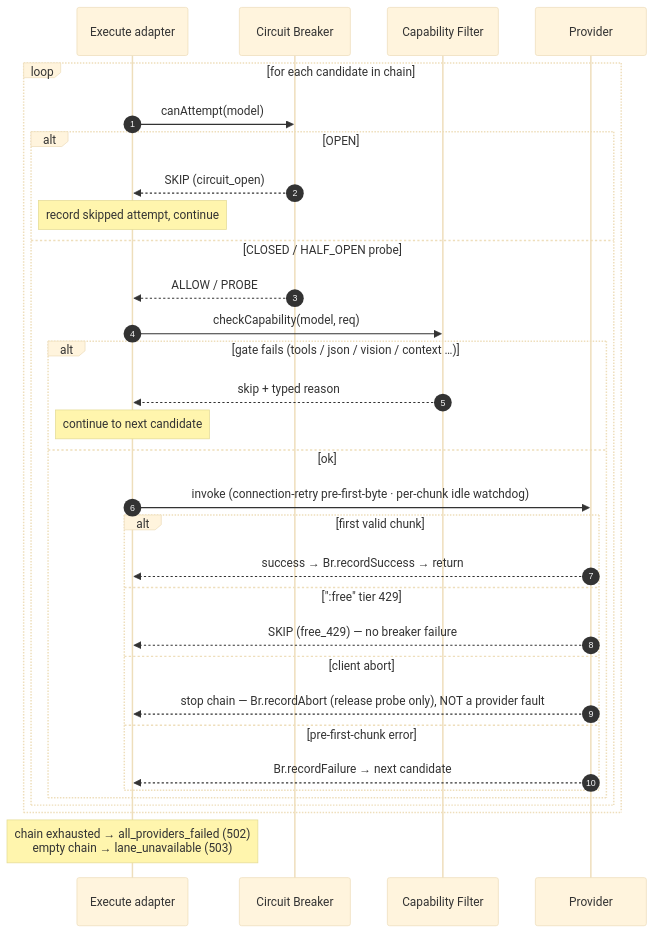
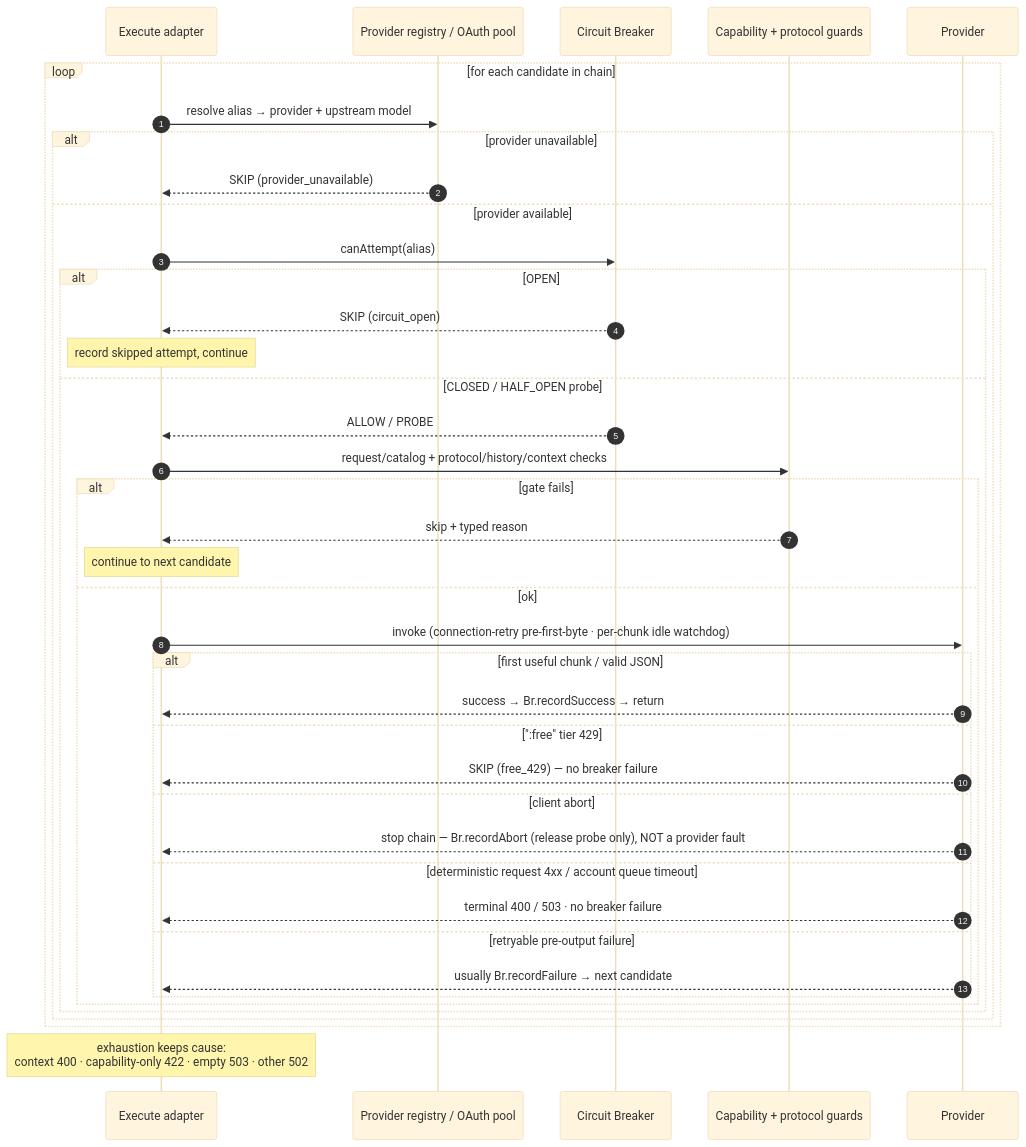
Before and after one commit to EasyMetaAu/helm-api: the seventh of 13 diagrams in docs/architecture.md, drawn with Mermaid (base theme). The commit also changed other lines of this file and 30 other files, not shown here.

````diff
--- a/docs/architecture.md
+++ b/docs/architecture.md
@@ -296,35 +374,43 @@
 ```mermaid
 sequenceDiagram
     autonumber
     participant Ex as Execute adapter
+    participant Reg as Provider registry / OAuth pool
     participant Br as Circuit Breaker
-    participant Cap as Capability Filter
+    participant Cap as Capability + protocol guards
     participant Up as Provider
 
     loop for each candidate in chain
-        Ex->>Br: canAttempt(model)
+        Ex->>Reg: resolve alias → provider + upstream model
+        alt provider unavailable
+            Reg-->>Ex: SKIP (provider_unavailable)
+        else provider available
+        Ex->>Br: canAttempt(alias)
         alt OPEN
             Br-->>Ex: SKIP (circuit_open)
             Note over Ex: record skipped attempt, continue
         else CLOSED / HALF_OPEN probe
             Br-->>Ex: ALLOW / PROBE
-            Ex->>Cap: checkCapability(model, req)
-            alt gate fails (tools / json / vision / context …)
+            Ex->>Cap: request/catalog + protocol/history/context checks
+            alt gate fails
                 Cap-->>Ex: skip + typed reason
                 Note over Ex: continue to next candidate
             else ok
                 Ex->>Up: invoke (connection-retry pre-first-byte · per-chunk idle watchdog)
-                alt first valid chunk
+                alt first useful chunk / valid JSON
                     Up-->>Ex: success → Br.recordSuccess → return
                 else ":free" tier 429
                     Up-->>Ex: SKIP (free_429) — no breaker failure
                 else client abort
                     Up-->>Ex: stop chain — Br.recordAbort (release probe only), NOT a provider fault
-                else pre-first-chunk error
-                    Up-->>Ex: Br.recordFailure → next candidate
+                else deterministic request 4xx / account queue timeout
+                    Up-->>Ex: terminal 400 / 503 · no breaker failure
+                else retryable pre-output failure
+                    Up-->>Ex: usually Br.recordFailure → next candidate
                 end
             end
         end
+        end
     end
-    Note over Ex: chain exhausted → all_providers_failed (502)<br/>empty chain → lane_unavailable (503)
+    Note over Ex: exhaustion keeps cause:<br/>context 400 · capability-only 422 · empty 503 · other 502
 ```
````
